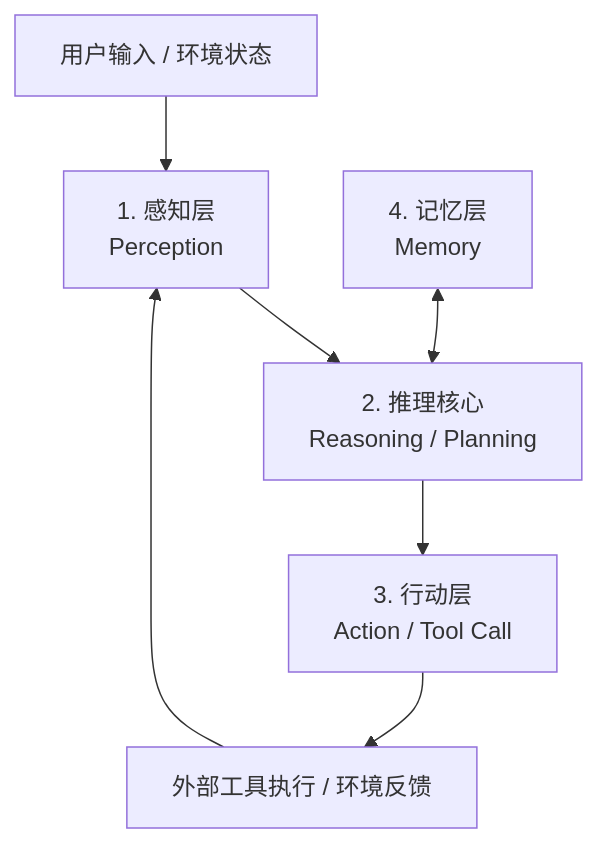
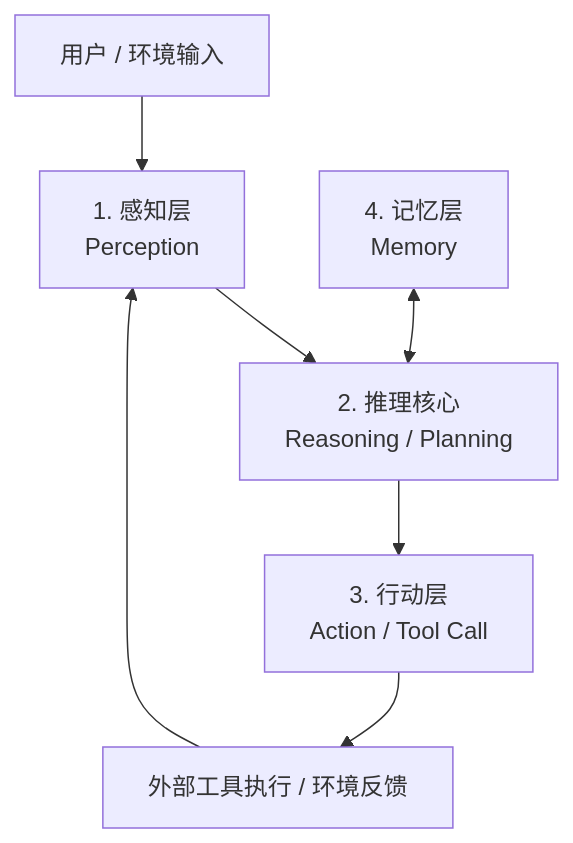
One commit to KasonLee-marker/llm-knowledge changed the diagram in 01-agent-basics/02-agent-architecture.md. Above: the diagram before and after it, drawn with Mermaid.

Commit message:
docs: align mermaid input wording

````diff
--- a/01-agent-basics/02-agent-architecture.md
+++ b/01-agent-basics/02-agent-architecture.md
@@ -7,9 +7,9 @@
 ```mermaid
 flowchart TD
-    Input["用户输入 / 环境状态"] --> Perception["1. 感知层<br/>Perception"]
+    Input["用户 / 环境输入"] --> Perception["1. 感知层<br/>Perception"]
     Perception --> Reasoning["2. 推理核心<br/>Reasoning / Planning"]
     Memory["4. 记忆层<br/>Memory"] <--> Reasoning
     Reasoning --> Action["3. 行动层<br/>Action / Tool Call"]
     Action --> Feedback["外部工具执行 / 环境反馈"]
     Feedback --> Perception
 ```
````
